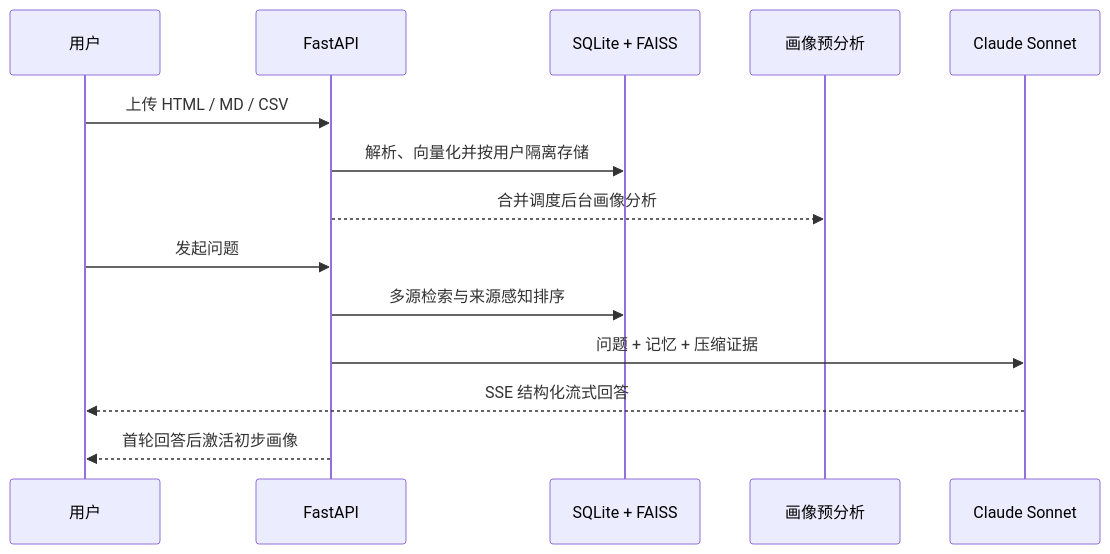
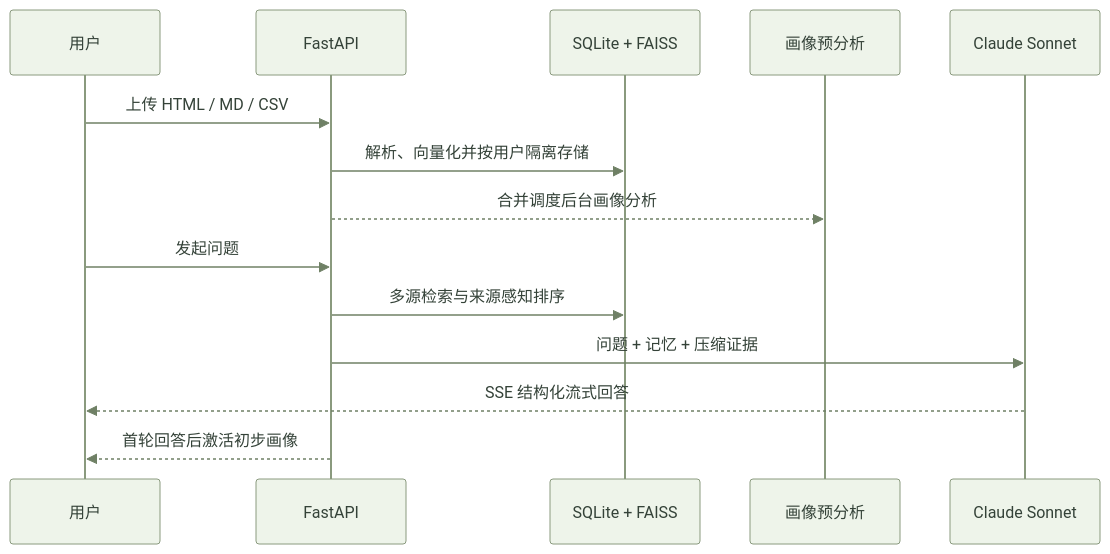
One commit to HaeMarcus/MindMirror changed the second of 2 diagrams in README.md. Above: the diagram before and after it, drawn with Mermaid. The commit also changed other lines of this file and 2 other files, not shown here.

````diff
--- a/README.md
+++ b/README.md
@@ -159,17 +123,18 @@
 ```mermaid
+%%{init: {"theme": "base", "themeVariables": {"background": "#f7faf5", "primaryColor": "#eef4ea", "primaryTextColor": "#344238", "primaryBorderColor": "#8a9a7e", "lineColor": "#8a9a7e", "secondaryColor": "#fff7ed", "tertiaryColor": "#ffffff", "actorBkg": "#eef4ea", "actorBorder": "#8a9a7e", "actorTextColor": "#344238", "signalColor": "#6f8065", "signalTextColor": "#344238", "noteBkgColor": "#fff7ed", "noteBorderColor": "#e9a65b", "fontFamily": "Arial, sans-serif"}}}%%
 sequenceDiagram
     participant User as 用户
     participant API as FastAPI
     participant Store as SQLite + FAISS
     participant Profile as 画像预分析
     participant LLM as Claude Sonnet
 
     User->>API: 上传 HTML / MD / CSV
     API->>Store: 解析、向量化并按用户隔离存储
     API-->>Profile: 合并调度后台画像分析
     User->>API: 发起问题
     API->>Store: 多源检索与来源感知排序
     API->>LLM: 问题 + 记忆 + 压缩证据
     LLM-->>User: SSE 结构化流式回答
     API-->>User: 首轮回答后激活初步画像
 ```
````
